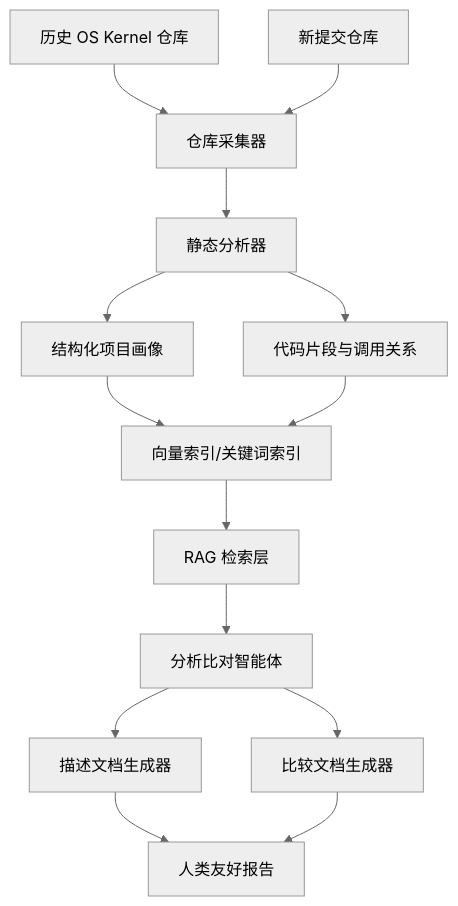
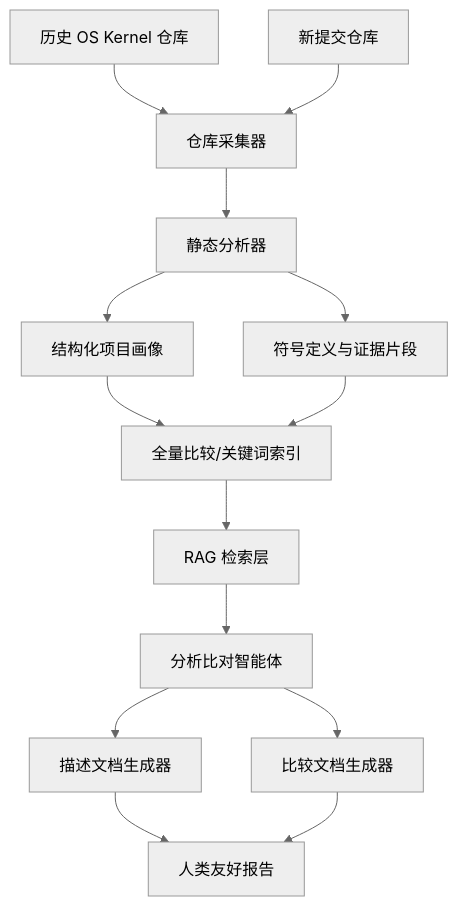
The diagram in README.md (chanehwibo/proj18-CSCC), drawn with Mermaid (neutral theme) before and after one commit. The commit also changed other lines of this file and 13 other files, not shown here.

````diff
--- a/README.md
+++ b/README.md
@@ -43,16 +43,16 @@
 ```mermaid
 flowchart TD
     A[历史 OS Kernel 仓库] --> B[仓库采集器]
     C[新提交仓库] --> B
     B --> D[静态分析器]
     D --> E[结构化项目画像]
-    D --> F[代码片段与调用关系]
-    E --> G[向量索引/关键词索引]
+    D --> F[符号定义与证据片段]
+    E --> G[全量比较/关键词索引]
     F --> G
     G --> H[RAG 检索层]
     H --> I[分析比对智能体]
     I --> J[描述文档生成器]
     I --> K[比较文档生成器]
     J --> L[人类友好报告]
     K --> L
 ```
````
